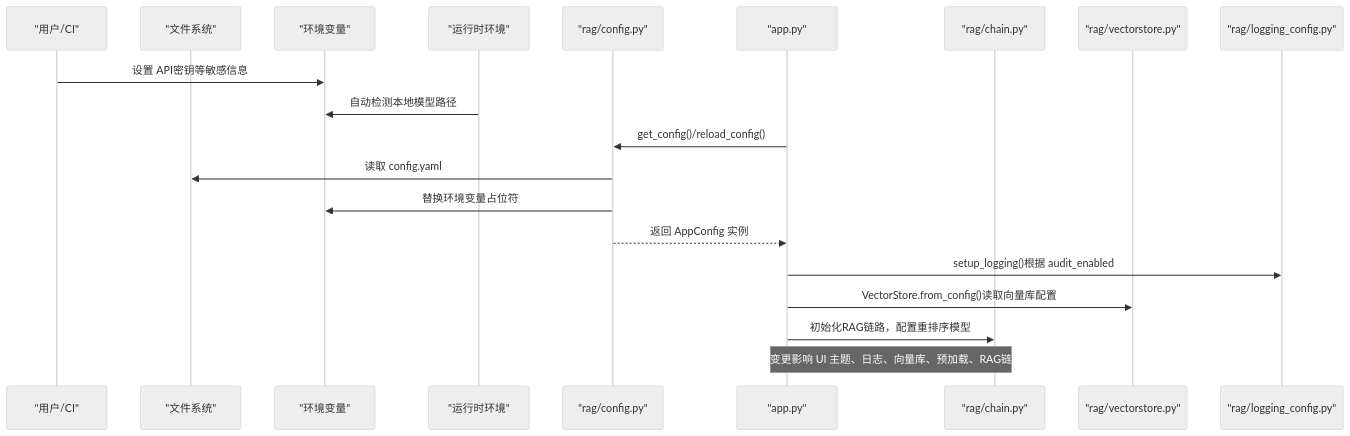
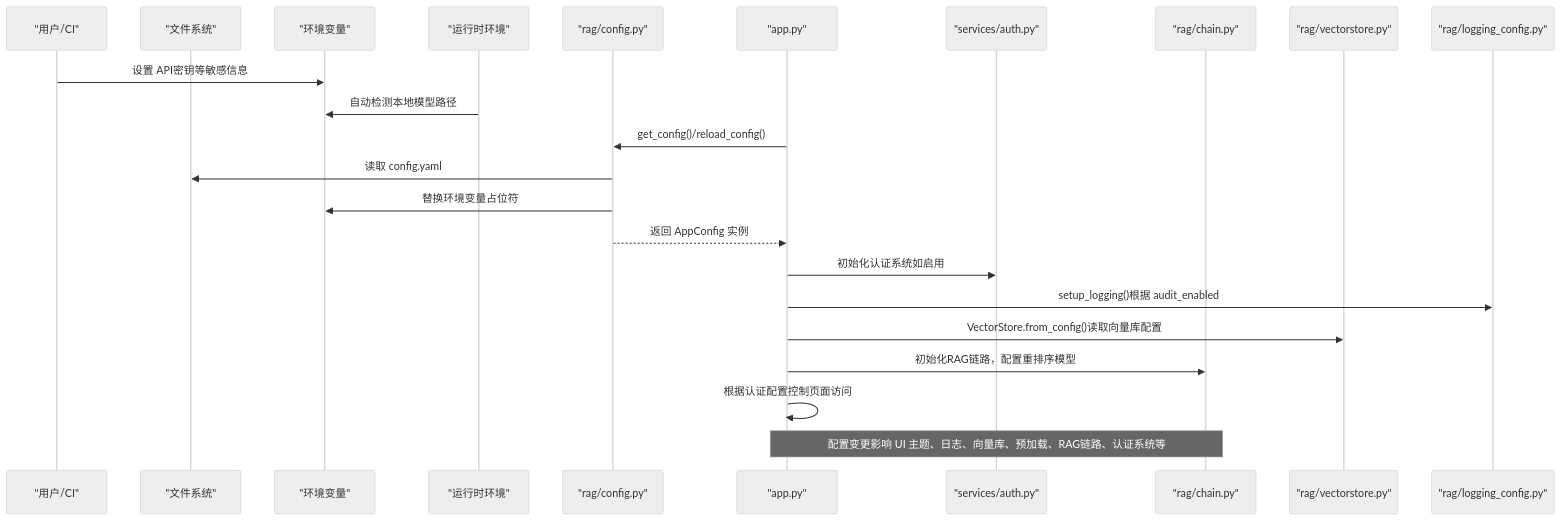
The second of 6 diagrams in .qoder/repowiki/zh/content/RAG核心引擎/配置管理系统.md (joyafa/knowledge), drawn with Mermaid (neutral theme) before and after one commit. The commit also changed other lines of this file and 16 other files, not shown here.

````diff
--- a/.qoder/repowiki/zh/content/RAG核心引擎/配置管理系统.md
+++ b/.qoder/repowiki/zh/content/RAG核心引擎/配置管理系统.md
@@ -114,22 +137,25 @@
 ```mermaid
 sequenceDiagram
 participant User as "用户/CI"
 participant FS as "文件系统"
 participant ENV as "环境变量"
 participant RUNTIME as "运行时环境"
 participant CFG as "rag/config.py"
 participant APP as "app.py"
+participant AUTH as "services/auth.py"
 participant CHAIN as "rag/chain.py"
 participant VS as "rag/vectorstore.py"
 participant LOG as "rag/logging_config.py"
 User->>ENV : 设置 API密钥等敏感信息
 RUNTIME->>ENV : 自动检测本地模型路径
 APP->>CFG : get_config()/reload_config()
 CFG->>FS : 读取 config.yaml
 CFG->>ENV : 替换环境变量占位符
 CFG-->>APP : 返回 AppConfig 实例
+APP->>AUTH : 初始化认证系统如启用
 APP->>LOG : setup_logging()根据 audit_enabled
 APP->>VS : VectorStore.from_config()读取向量库配置
 APP->>CHAIN : 初始化RAG链路，配置重排序模型
-Note over APP,CHAIN : 配置变更影响 UI 主题、日志、向量库、预加载、RAG链路等
+APP->>APP : 根据认证配置控制页面访问
+Note over APP,CHAIN : 配置变更影响 UI 主题、日志、向量库、预加载、RAG链路、认证系统等
 ```
````
